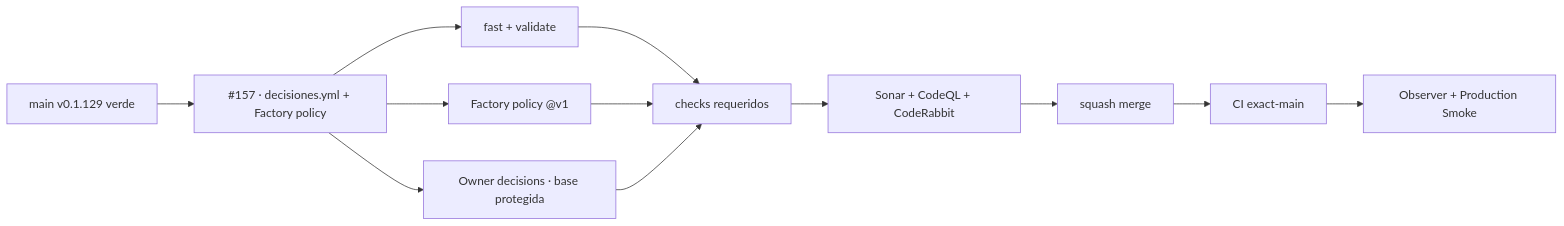
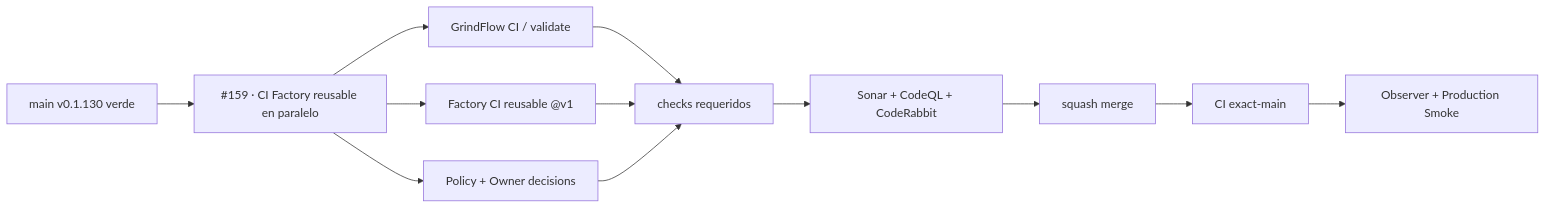
Before and after one commit to pl0n3r/GrindFlow: the diagram in README.md, drawn with Mermaid. The commit also changed other lines of this file and 6 other files, not shown here.

First line of the commit message:
infra: adoptar CI reusable Factory v1 en paralelo al CI actual (V 0.1.131) (#161)

````diff
--- a/README.md
+++ b/README.md
@@ -47,14 +47,14 @@
 ```mermaid
 flowchart LR
-  A["main v0.1.129 verde"] --> P["#157 · decisiones.yml + Factory policy"]
-  P --> F["fast + validate"]
-  P --> K["Factory policy @v1"]
-  P --> O["Owner decisions · base protegida"]
+  A["main v0.1.130 verde"] --> P["#159 · CI Factory reusable en paralelo"]
+  P --> F["GrindFlow CI / validate"]
+  P --> K["Factory CI reusable @v1"]
+  P --> O["Policy + Owner decisions"]
   F --> Q["checks requeridos"]
   K --> Q
   O --> Q
   Q --> R["Sonar + CodeQL + CodeRabbit"]
   R --> M["squash merge"]
   M --> X["CI exact-main"]
   X --> S["Observer + Production Smoke"]
 ```
````
